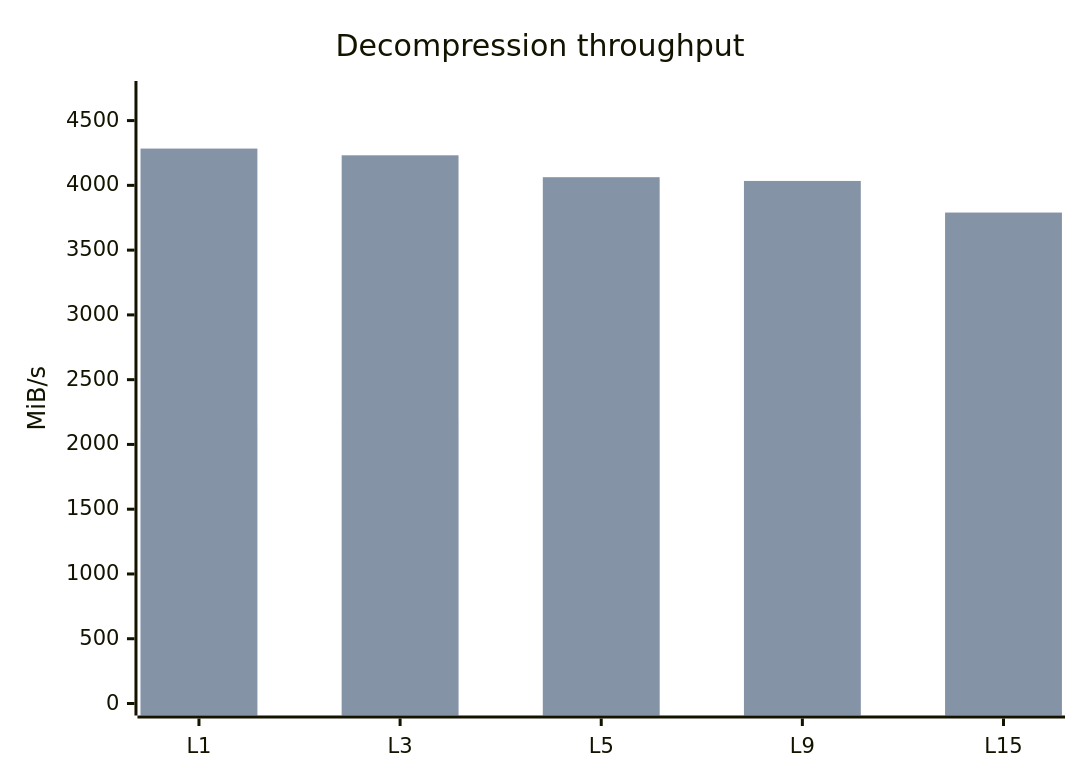
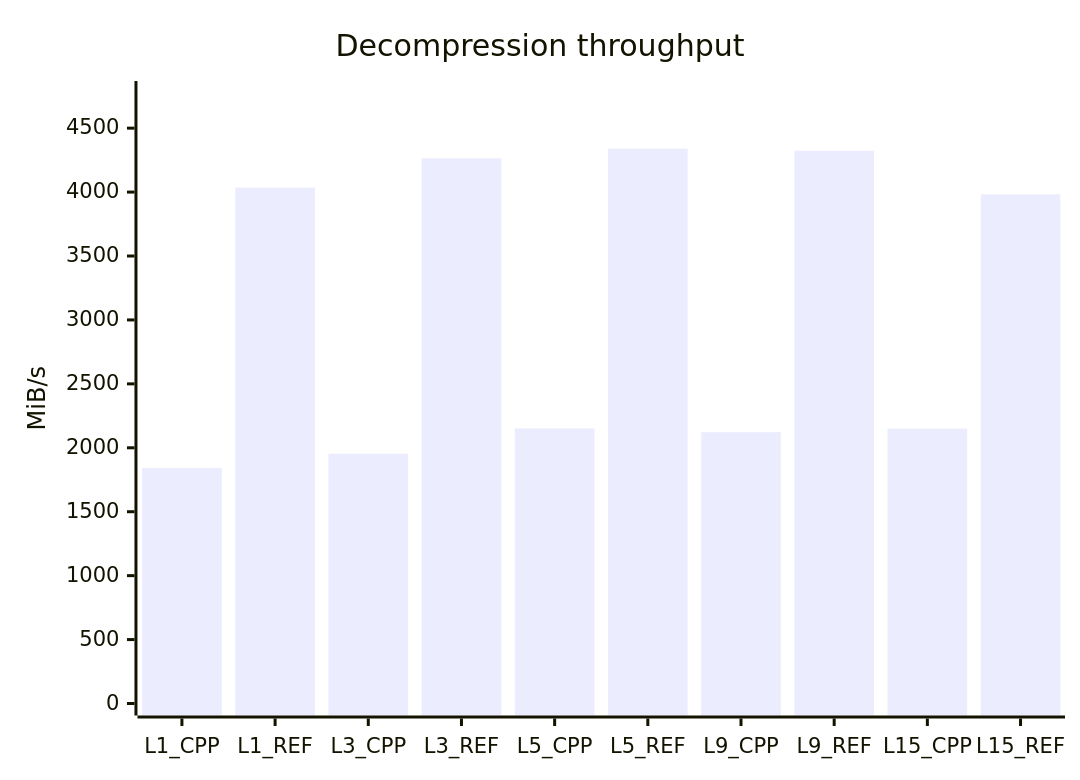
Before and after one commit to mheyman/zstdpp: the fifth of 7 diagrams in README.md, drawn with Mermaid. The commit also changed other lines of this file and 1 other file, not shown here.

````diff
--- a/README.md
+++ b/README.md
@@ -155,8 +151,7 @@
 ```mermaid
 xychart-beta
     title "Decompression throughput"
-    x-axis [L1, L3, L5, L9, L15]
-    y-axis "MiB/s" 0 --> 4713
-    bar [2136, 2201, 2040, 2199, 1846]
-    bar [4284, 4232, 4063, 4034, 3790]
+    x-axis [L1_CPP, L1_REF, L3_CPP, L3_REF, L5_CPP, L5_REF, L9_CPP, L9_REF, L15_CPP, L15_REF]
+    y-axis "MiB/s" 0 --> 4775
+    bar [1843, 4035, 1953, 4265, 2151, 4340, 2122, 4324, 2150, 3983]
 ```
````
